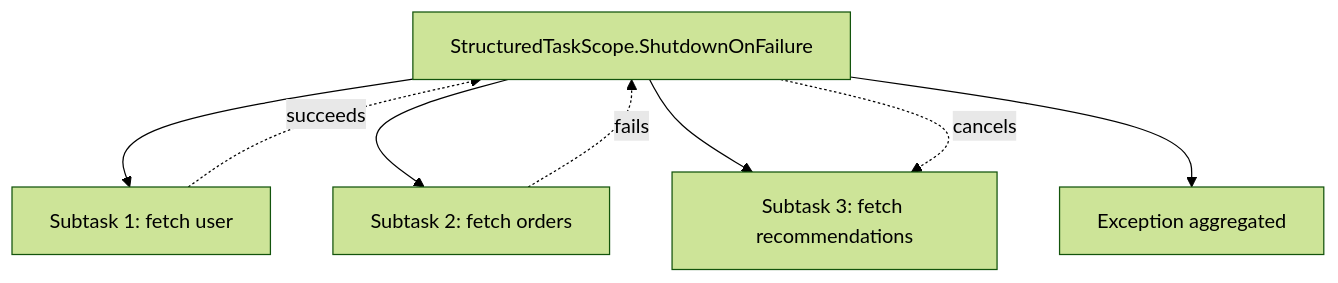
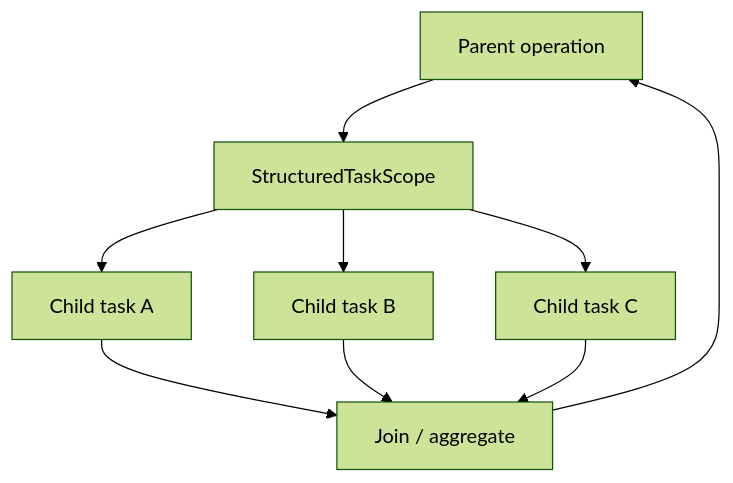
The diagram in Java/01_Core-Java/Structured Concurrency.md (kotiansukesh/Engineering-Knowledge-System), drawn with Mermaid (forest theme) before and after one commit. The commit also changed other lines of this file and 32 other files, not shown here.

````diff
--- a/Java/01_Core-Java/Structured Concurrency.md
+++ b/Java/01_Core-Java/Structured Concurrency.md
@@ -35,10 +61,11 @@
 ```mermaid
 flowchart TD
-    S[StructuredTaskScope.ShutdownOnFailure] --> T1[Subtask 1: fetch user]
-    S --> T2[Subtask 2: fetch orders]
-    S --> T3[Subtask 3: fetch recommendations]
-    T1 -. succeeds .-> S
-    T2 -. fails .-> S
-    S -. cancels .-> T3
-    S --> R[Exception aggregated]
+    P[Parent operation] --> S[StructuredTaskScope]
+    S --> A[Child task A]
+    S --> B[Child task B]
+    S --> C[Child task C]
+    A --> R[Join / aggregate]
+    B --> R
+    C --> R
+    R --> P
 ```
````
